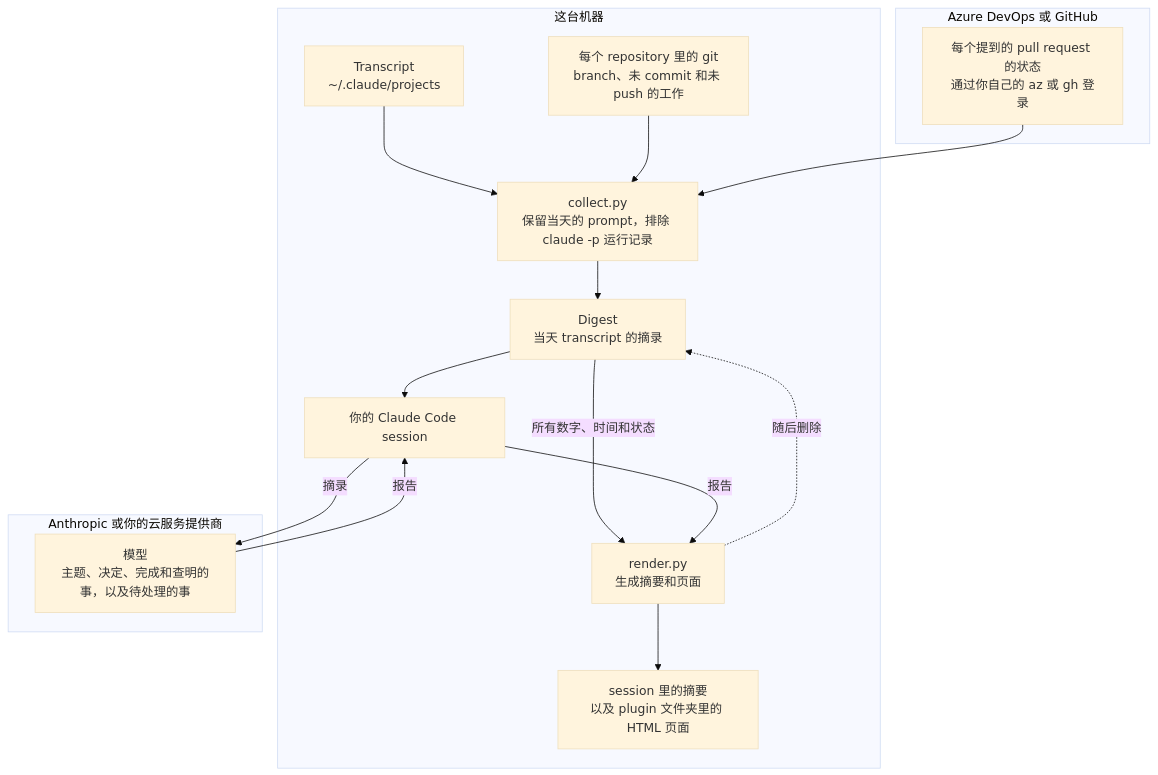
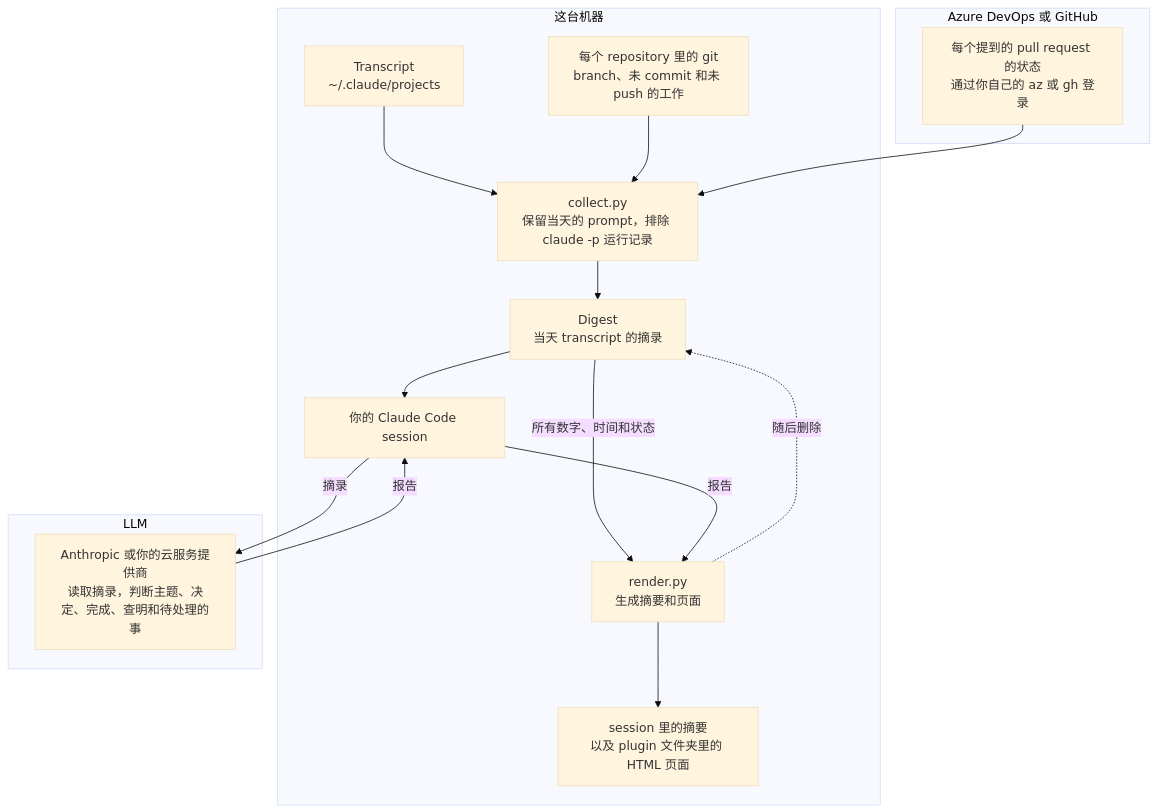
The diagram in plugins/remind-me/README.zh-CN.md (softwareone-platform/tundra), drawn with Mermaid (base theme) before and after one commit. The commit also changed other lines of this file and 2 other files, not shown here.

Commit message:
name the LLM in remind-me's README diagram

````diff
--- a/plugins/remind-me/README.zh-CN.md
+++ b/plugins/remind-me/README.zh-CN.md
@@ -41,22 +41,22 @@
 ```mermaid
 flowchart TB
     subgraph machine["这台机器"]
         transcripts["Transcript<br>~/.claude/projects"] --> collect
         git["每个 repository 里的 git<br>branch、未 commit 和未 push 的工作"] --> collect
         collect["collect.py<br>保留当天的 prompt，排除 claude -p 运行记录"] --> digest["Digest<br>当天 transcript 的摘录"]
         digest --> session["你的 Claude Code session"]
         digest -- 所有数字、时间和状态 --> render["render.py<br>生成摘要和页面"]
         session -- 报告 --> render
         render --> page["session 里的摘要<br>以及 plugin 文件夹里的 HTML 页面"]
         render -. 随后删除 .-> digest
     end
-    subgraph provider["Anthropic 或你的云服务提供商"]
-        model["模型<br>主题、决定、完成和查明的事，以及待处理的事"]
+    subgraph provider["LLM"]
+        model["Anthropic 或你的云服务提供商<br>读取摘录，判断主题、决定、完成、查明和待处理的事"]
     end
     subgraph host["Azure DevOps 或 GitHub"]
         remote["每个提到的 pull request 的状态<br>通过你自己的 az 或 gh 登录"]
     end
     session -- 摘录 --> model
     model -- 报告 --> session
     remote --> collect
 ```
````
